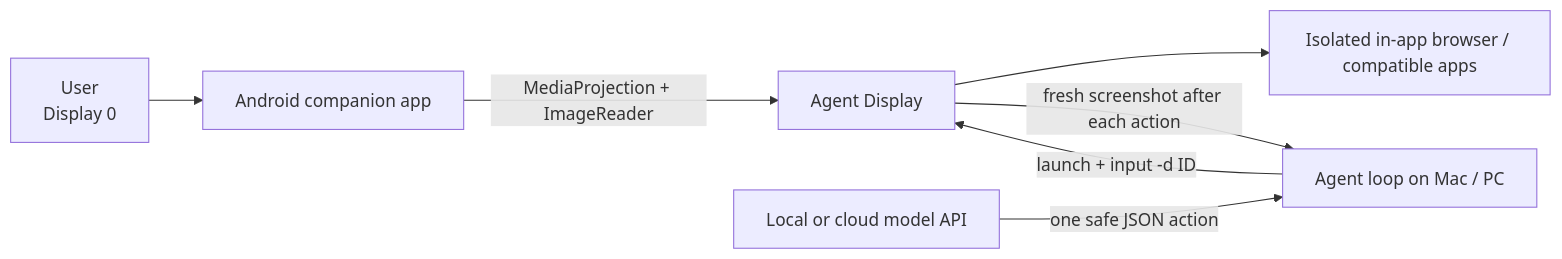
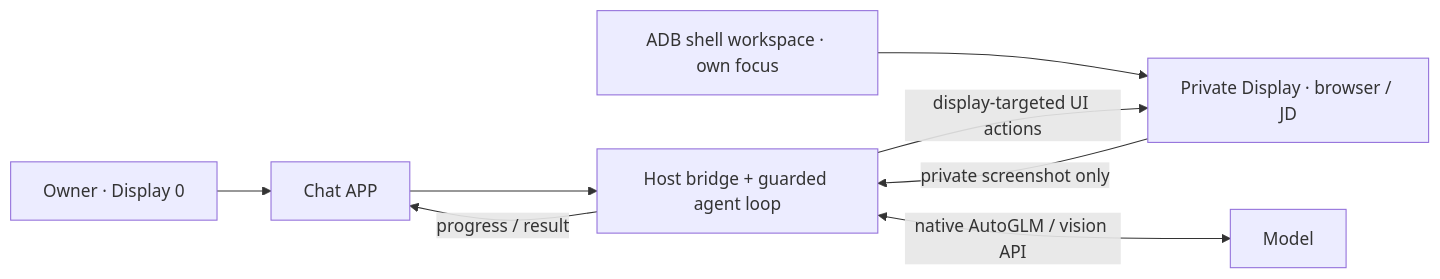
The diagram in README.md (JaveyBae/openphone-agent), drawn with Mermaid before and after one commit. The commit also changed other lines of this file and 16 other files, not shown here.

Commit message:
fix: isolate background input focus and resume explicit app tasks

````diff
--- a/README.md
+++ b/README.md
@@ -5,9 +5,10 @@
 ```mermaid
 flowchart LR
-    U[User\nDisplay 0] --> A[Android companion app]
-    A -->|MediaProjection + ImageReader| V[Agent Display]
-    M[Agent loop on Mac / PC] -->|launch + input -d ID| V
-    L[Local or cloud model API] -->|one safe JSON action| M
-    V --> C[Isolated in-app browser / compatible apps]
-    V -->|fresh screenshot after each action| M
+    U[Owner · Display 0] --> A[Chat APP]
+    A --> B[Host bridge + guarded agent loop]
+    S[ADB shell workspace · own focus] --> V[Private Display · browser / JD]
+    B -->|display-targeted UI actions| V
+    V -->|private screenshot only| B
+    B <-->|native AutoGLM / vision API| M[Model]
+    B -->|progress / result| A
 ```
````
